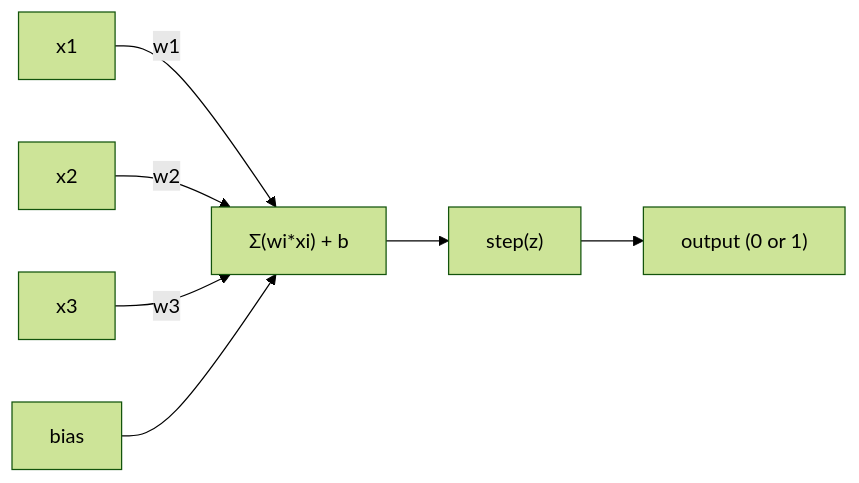
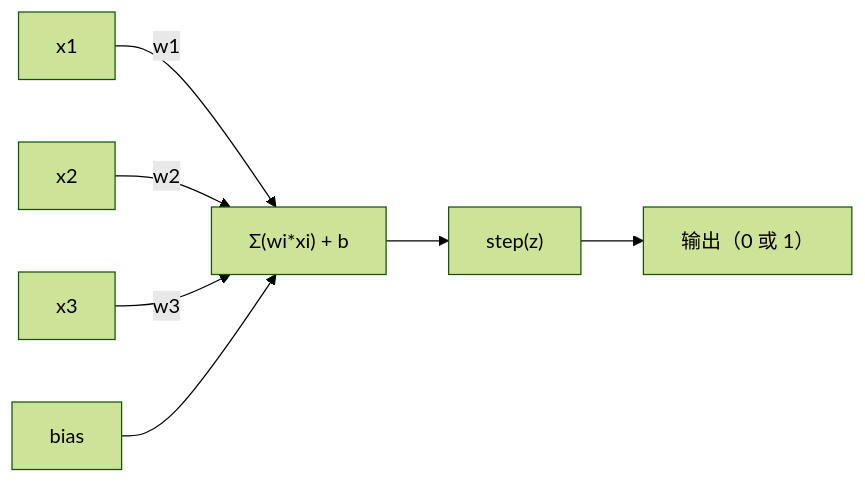
One commit to omigaZen/ai-engineering-from-scratch changed the first of 2 diagrams in phases/03-deep-learning-core/01-the-perceptron/docs/zh.md. Above: the diagram before and after it, drawn with Mermaid (forest theme).

Commit message:
feat(phase-03/01): polish perceptron text

````diff
--- a/phases/03-deep-learning-core/01-the-perceptron/docs/zh.md
+++ b/phases/03-deep-learning-core/01-the-perceptron/docs/zh.md
@@ -31,9 +31,9 @@
 ```mermaid
 graph LR
     x1["x1"] -- "w1" --> sum["Σ(wi*xi) + b"]
     x2["x2"] -- "w2" --> sum
     x3["x3"] -- "w3" --> sum
     bias["bias"] --> sum
     sum --> step["step(z)"]
-    step --> out["output (0 or 1)"]
+    step --> out["输出（0 或 1）"]
 ```
````
